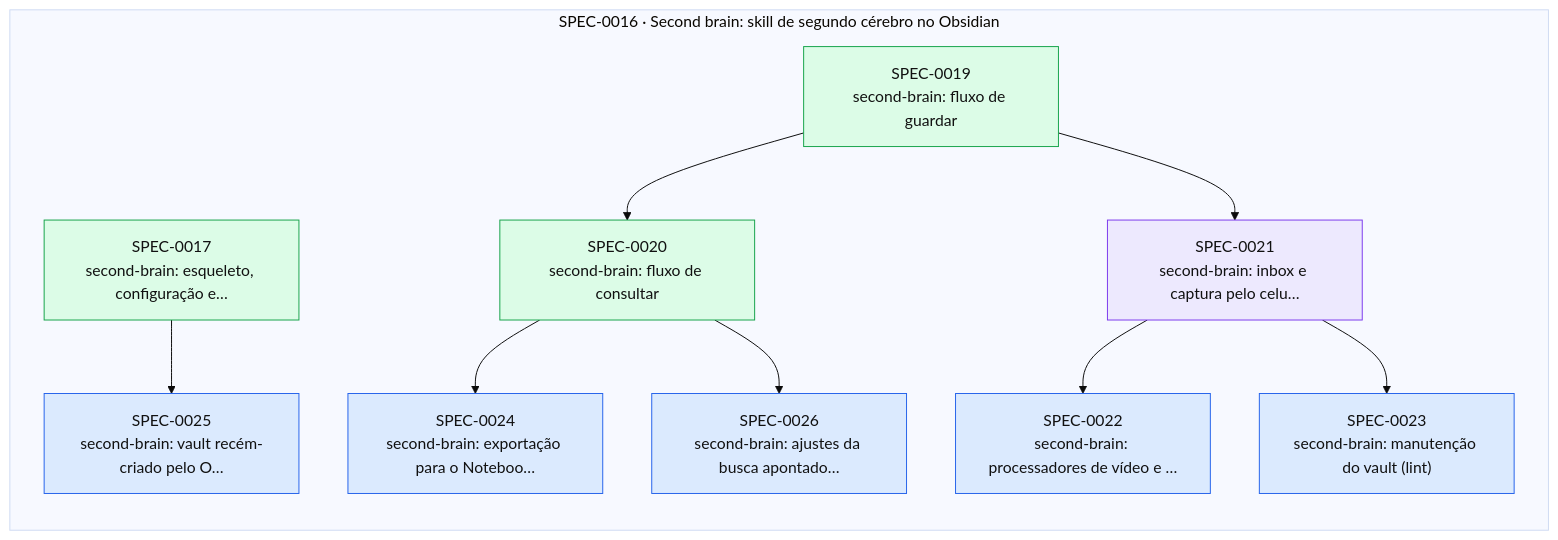
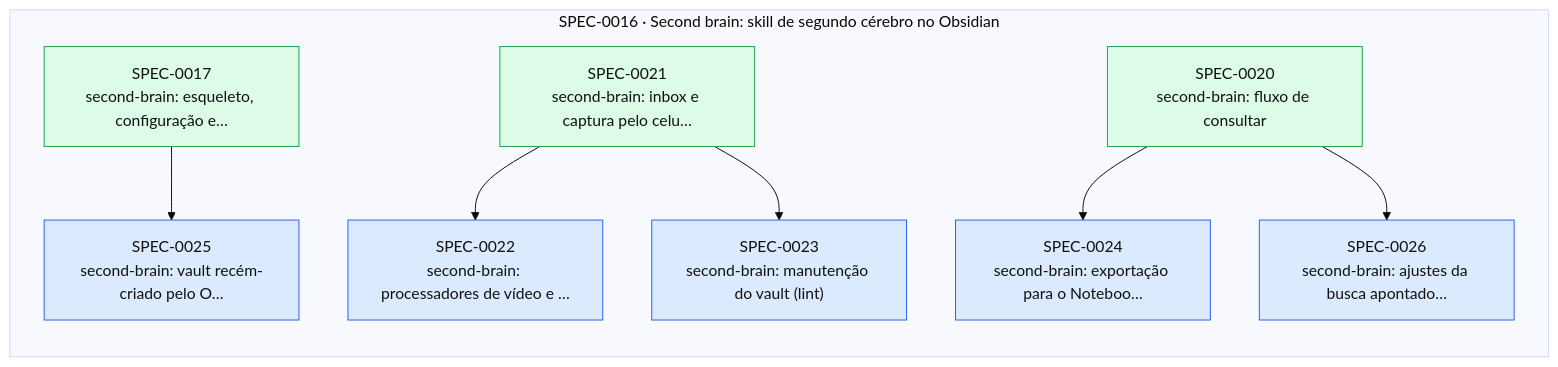
The diagram in docs/specs/INDEX.md (thomasravache/ai-dev-brain), drawn with Mermaid (base theme) before and after one commit. The commit also changed other lines of this file and 1 other file, not shown here.

First line of the commit message:
docs(specs): G7 e fechamento da SPEC-0021

````diff
--- a/docs/specs/INDEX.md
+++ b/docs/specs/INDEX.md
@@ -50,26 +49,23 @@
 ```mermaid
 flowchart LR
   subgraph E0016["SPEC-0016 · Second brain: skill de segundo cérebro no Obsidian"]
     S0017["SPEC-0017<br/>second-brain: esqueleto, configuração e…"]:::implemented
-    S0019["SPEC-0019<br/>second-brain: fluxo de guardar"]:::implemented
     S0020["SPEC-0020<br/>second-brain: fluxo de consultar"]:::implemented
-    S0021["SPEC-0021<br/>second-brain: inbox e captura pelo celu…"]:::inprogress
+    S0021["SPEC-0021<br/>second-brain: inbox e captura pelo celu…"]:::implemented
     S0022["SPEC-0022<br/>second-brain: processadores de vídeo e …"]:::approved
     S0023["SPEC-0023<br/>second-brain: manutenção do vault (lint)"]:::approved
     S0024["SPEC-0024<br/>second-brain: exportação para o Noteboo…"]:::approved
     S0025["SPEC-0025<br/>second-brain: vault recém-criado pelo O…"]:::approved
     S0026["SPEC-0026<br/>second-brain: ajustes da busca apontado…"]:::approved
   end
-  S0019 --> S0020
-  S0019 --> S0021
   S0021 --> S0022
   S0021 --> S0023
   S0020 --> S0024
   S0017 --> S0025
   S0020 --> S0026
   classDef proposed fill:#fef3c7,stroke:#d97706,color:#111
   classDef approved fill:#dbeafe,stroke:#2563eb,color:#111
   classDef inprogress fill:#ede9fe,stroke:#7c3aed,color:#111
   classDef implemented fill:#dcfce7,stroke:#16a34a,color:#111
   classDef deprecated fill:#f3f4f6,stroke:#9ca3af,color:#6b7280
 ```
````
